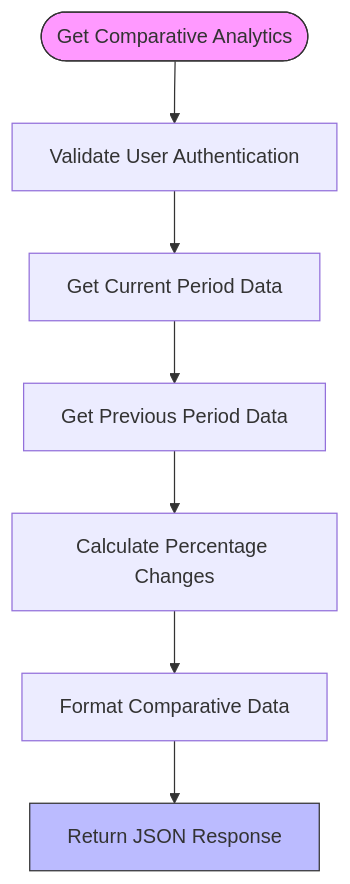
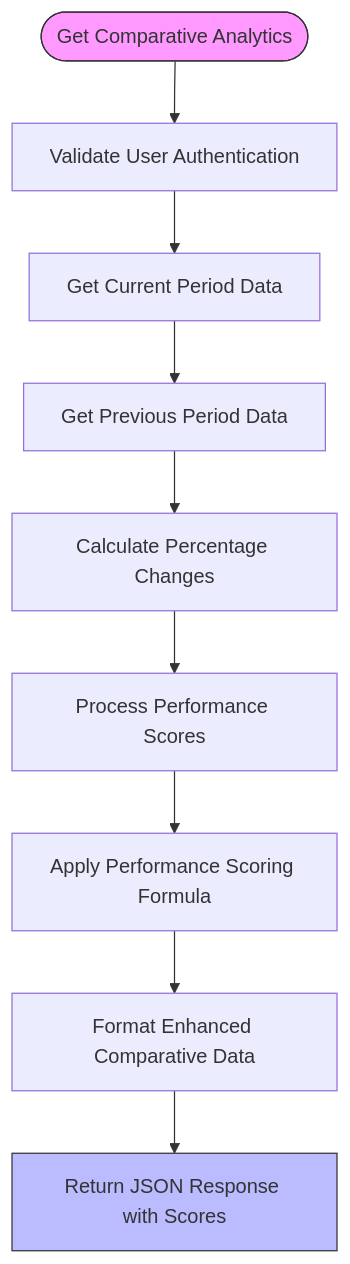
One commit to Brimstow/ThumPiks changed the third of 3 diagrams in .qoder/repowiki/en/content/Analytics & Performance Tracking/Advanced Analytics Features.md. Above: the diagram before and after it, drawn with Mermaid. The commit also changed other lines of this file and 900 other files, not shown here.

````diff
--- a/.qoder/repowiki/en/content/Analytics & Performance Tracking/Advanced Analytics Features.md
+++ b/.qoder/repowiki/en/content/Analytics & Performance Tracking/Advanced Analytics Features.md
@@ -117,11 +169,13 @@
 ```mermaid
 flowchart TD
 Start([Get Comparative Analytics]) --> ValidateInput["Validate User Authentication"]
 ValidateInput --> FetchCurrent["Get Current Period Data"]
 FetchCurrent --> FetchPrevious["Get Previous Period Data"]
 FetchPrevious --> CalculateChange["Calculate Percentage Changes"]
-CalculateChange --> FormatResponse["Format Comparative Data"]
-FormatResponse --> ReturnData["Return JSON Response"]
+CalculateChange --> ProcessPerformance["Process Performance Scores"]
+ProcessPerformance --> CalculateScore["Apply Performance Scoring Formula"]
+CalculateScore --> FormatResponse["Format Enhanced Comparative Data"]
+FormatResponse --> ReturnData["Return JSON Response with Scores"]
 style Start fill:#f9f,stroke:#333
 style ReturnData fill:#bbf,stroke:#333
 ```
````
